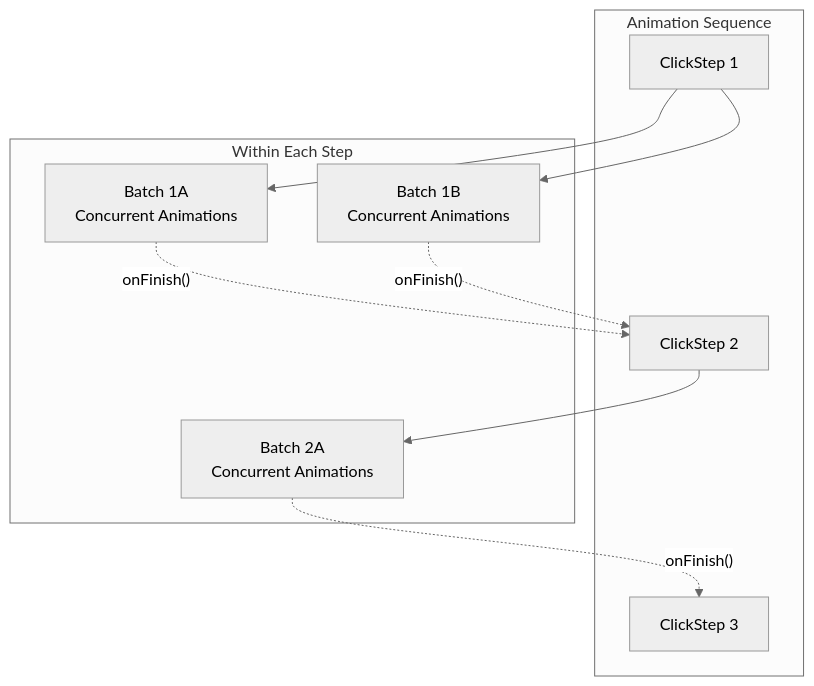
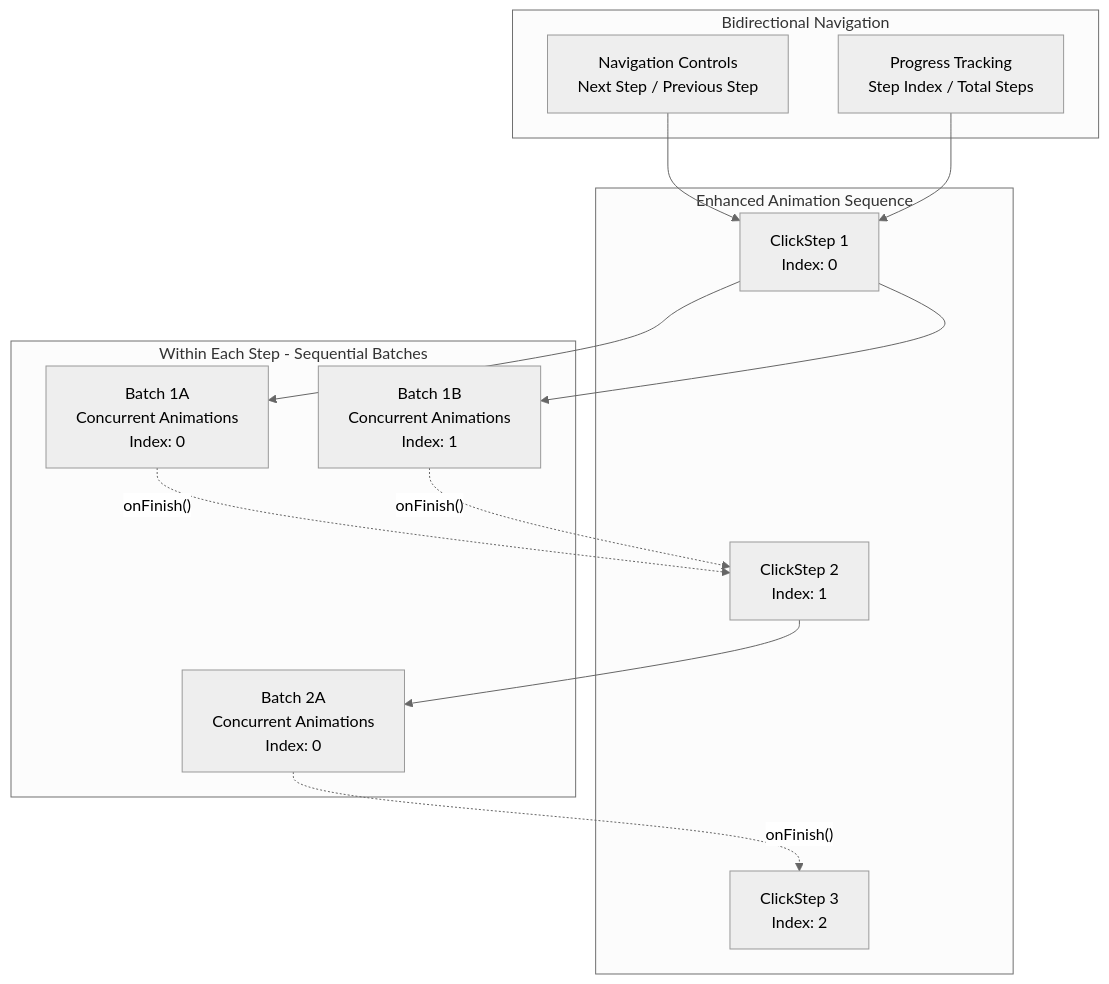
One commit to Anna0314zy/ai_editor_enginer changed the eighth of 23 diagrams in .qoder/repowiki/en/content/Animation System/Timeline Engine.md. Above: the diagram before and after it, drawn with Mermaid (neutral theme). The commit also changed other lines of this file and 12 other files, not shown here.

````diff
--- a/.qoder/repowiki/en/content/Animation System/Timeline Engine.md
+++ b/.qoder/repowiki/en/content/Animation System/Timeline Engine.md
@@ -410,19 +430,25 @@
 ```mermaid
 graph TB
-subgraph "Animation Sequence"
-STEP1["ClickStep 1"]
-STEP2["ClickStep 2"]
-STEP3["ClickStep 3"]
+subgraph "Enhanced Animation Sequence"
+STEP1["ClickStep 1<br/>Index: 0"]
+STEP2["ClickStep 2<br/>Index: 1"]
+STEP3["ClickStep 3<br/>Index: 2"]
 end
-subgraph "Within Each Step"
-BATCH1A["Batch 1A<br/>Concurrent Animations"]
-BATCH1B["Batch 1B<br/>Concurrent Animations"]
-BATCH2A["Batch 2A<br/>Concurrent Animations"]
+subgraph "Within Each Step - Sequential Batches"
+BATCH1A["Batch 1A<br/>Concurrent Animations<br/>Index: 0"]
+BATCH1B["Batch 1B<br/>Concurrent Animations<br/>Index: 1"]
+BATCH2A["Batch 2A<br/>Concurrent Animations<br/>Index: 0"]
+end
+subgraph "Bidirectional Navigation"
+NAVIGATION["Navigation Controls<br/>Next Step / Previous Step"]
+PROGRESS["Progress Tracking<br/>Step Index / Total Steps"]
 end
 STEP1 --> BATCH1A
 STEP1 --> BATCH1B
 STEP2 --> BATCH2A
 BATCH1A -.->|"onFinish()"| STEP2
 BATCH1B -.->|"onFinish()"| STEP2
 BATCH2A -.->|"onFinish()"| STEP3
+NAVIGATION --> STEP1
+PROGRESS --> STEP1
 ```
````
